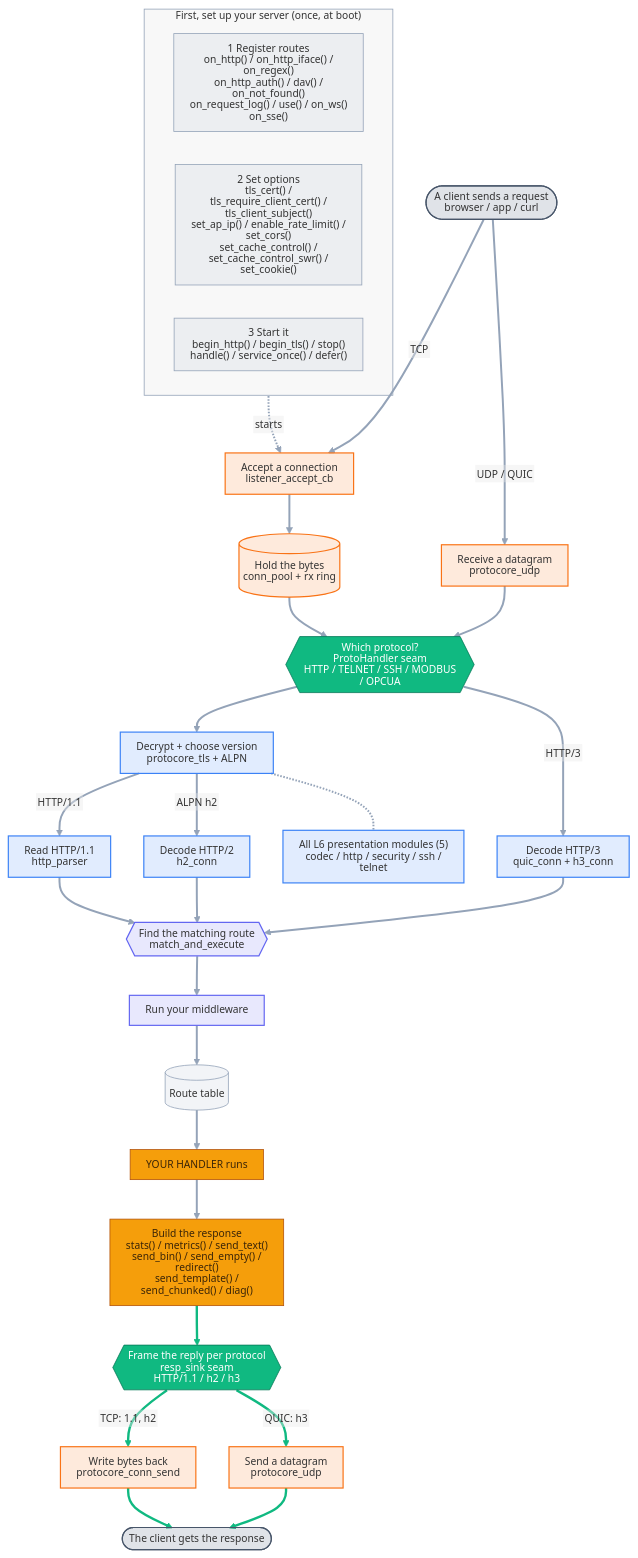
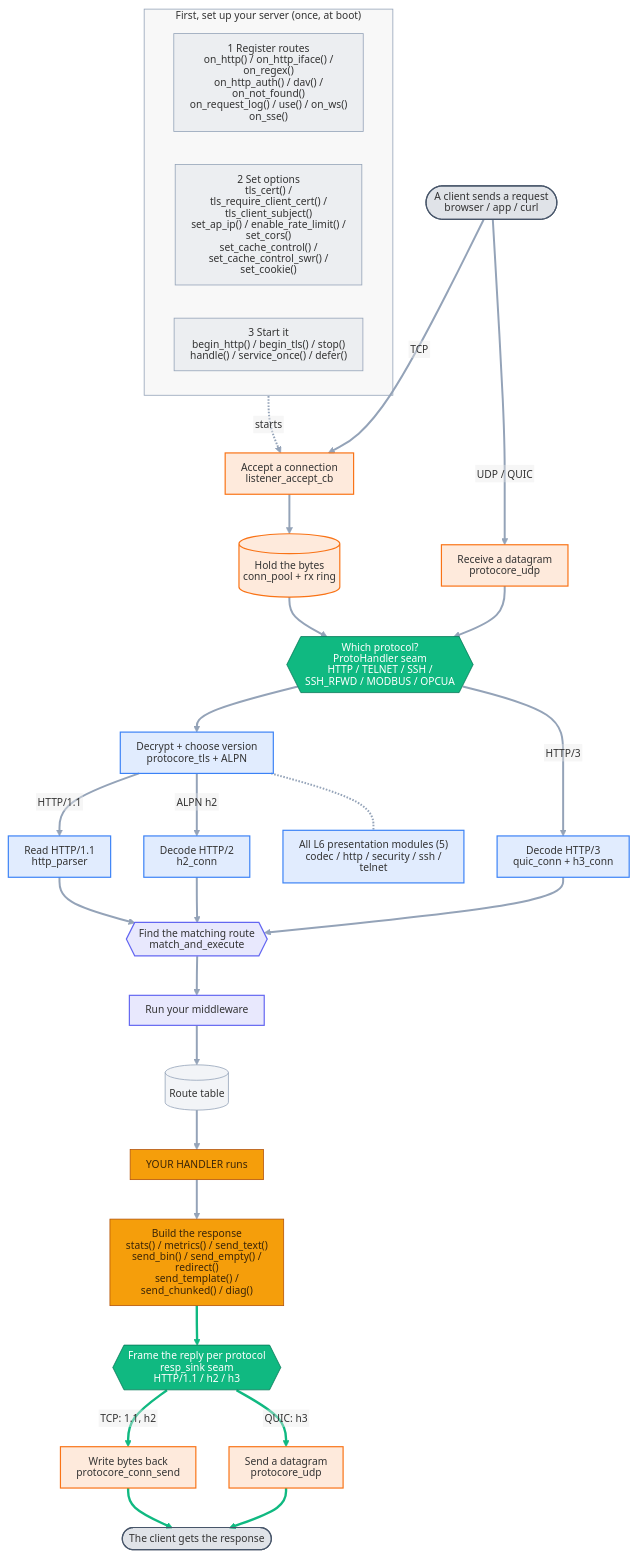
Before and after one commit to dstroy0/ProtoCore: the diagram in docs/diagrams/api_flow_detail.mmd, drawn with Mermaid. The commit also changed 11 other files, not shown here.

```diff
--- a/docs/diagrams/api_flow_detail.mmd
+++ b/docs/diagrams/api_flow_detail.mmd
@@ -1,71 +1,71 @@
 %%{init: {'htmlLabels':false,'themeVariables':{'fontFamily':'sans-serif','fontSize':'13px','lineColor':'#94a3b8'},'flowchart':{'curve':'basis','nodeSpacing':42,'rankSpacing':50,'padding':10,'useMaxWidth':true,'htmlLabels':false}}}%%
 flowchart TB
   %% Auto-generated from the public API, proto_builtins.c, and presentation/ on disk.
   subgraph SETUP["First, set up your server (once, at boot)"]
     direction LR
     reg["1 Register routes<br/>on_http() / on_http_iface() / on_regex()<br/>on_http_auth() / dav() / on_not_found()<br/>on_request_log() / use() / on_ws()<br/>on_sse()"]
     cfg["2 Set options<br/>tls_cert() / tls_require_client_cert() / tls_client_subject()<br/>set_ap_ip() / enable_rate_limit() / set_cors()<br/>set_cache_control() / set_cache_control_swr() / set_cookie()"]
     run["3 Start it<br/>begin_http() / begin_tls() / stop()<br/>handle() / service_once() / defer()"]
   end
 
   cin(["A client sends a request<br/>browser / app / curl"])
   listen["Accept a connection<br/>listener_accept_cb"]
   ring[("Hold the bytes<br/>conn_pool + rx ring")]
   udprx["Receive a datagram<br/>protocore_udp"]
-  seam{{"Which protocol?<br/>ProtoHandler seam<br/>HTTP / TELNET / SSH / MODBUS / OPCUA"}}
+  seam{{"Which protocol?<br/>ProtoHandler seam<br/>HTTP / TELNET / SSH / SSH_RFWD / MODBUS / OPCUA"}}
   tls["Decrypt + choose version<br/>protocore_tls + ALPN"]
   parser["Read HTTP/1.1<br/>http_parser"]
   h2["Decode HTTP/2<br/>h2_conn"]
   h3["Decode HTTP/3<br/>quic_conn + h3_conn"]
   mae{{"Find the matching route<br/>match_and_execute"}}
   mw["Run your middleware"]
   routes[("Route table")]
   handler["YOUR HANDLER runs"]
   resp["Build the response<br/>stats() / metrics() / send_text()<br/>send_bin() / send_empty() / redirect()<br/>send_template() / send_chunked() / diag()"]
   sink{{"Frame the reply per protocol<br/>resp_sink seam<br/>HTTP/1.1 / h2 / h3"}}
   consend["Write bytes back<br/>protocore_conn_send"]
   udptx["Send a datagram<br/>protocore_udp"]
   cout(["The client gets the response"])
   mods["All L6 presentation modules (5)<br/>codec / http / security / ssh / telnet"]
 
   run -.->|starts| listen
   cin ==>|TCP| listen
   listen --> ring
   ring --> seam
   cin ==>|UDP / QUIC| udprx
   udprx --> seam
   seam --> tls
   tls -->|HTTP/1.1| parser
   tls -->|ALPN h2| h2
   seam -->|HTTP/3| h3
   parser --> mae
   h2 --> mae
   h3 --> mae
   mae --> mw
   mw --> routes
   routes --> handler
   handler --> resp
   resp --> sink
   sink -->|TCP: 1.1, h2| consend
   sink -->|QUIC: h3| udptx
   consend ==> cout
   udptx ==> cout
   tls -.- mods
 
   class cin,cout ext;
   class reg,cfg,run,routes setup;
   class listen,ring,udprx,udptx,consend l4;
   class seam,sink seam;
   class tls,parser,h2,h3,mods l6;
   class mae,mw l7;
   class handler,resp you;
   classDef ext fill:#64748b33,stroke:#475569,stroke-width:1.5px;
   classDef setup fill:#94a3b81f,stroke:#94a3b8;
   classDef l4 fill:#f9731626,stroke:#f97316,stroke-width:1.5px;
   classDef seam fill:#10b981,stroke:#047857,color:#ffffff;
   classDef l6 fill:#3b82f626,stroke:#3b82f6,stroke-width:1.5px;
   classDef l7 fill:#6366f126,stroke:#6366f1,stroke-width:1.5px;
   classDef you fill:#f59e0b,stroke:#b45309,color:#3b2508;
   style SETUP fill:#8888880f,stroke:#94a3b8,stroke-width:1px;
   linkStyle default stroke-width:2.5px;
   linkStyle 17,18,19,20,21 stroke:#10b981,stroke-width:3px;
```
